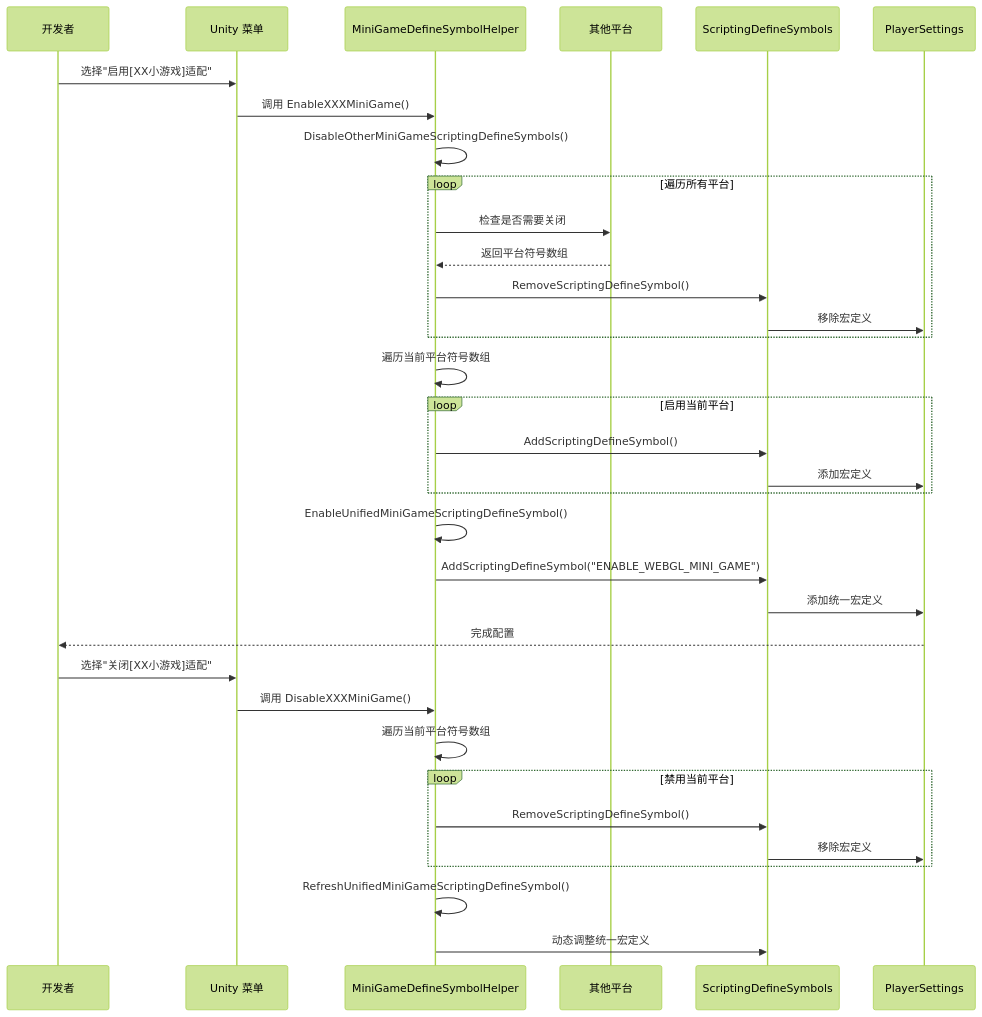
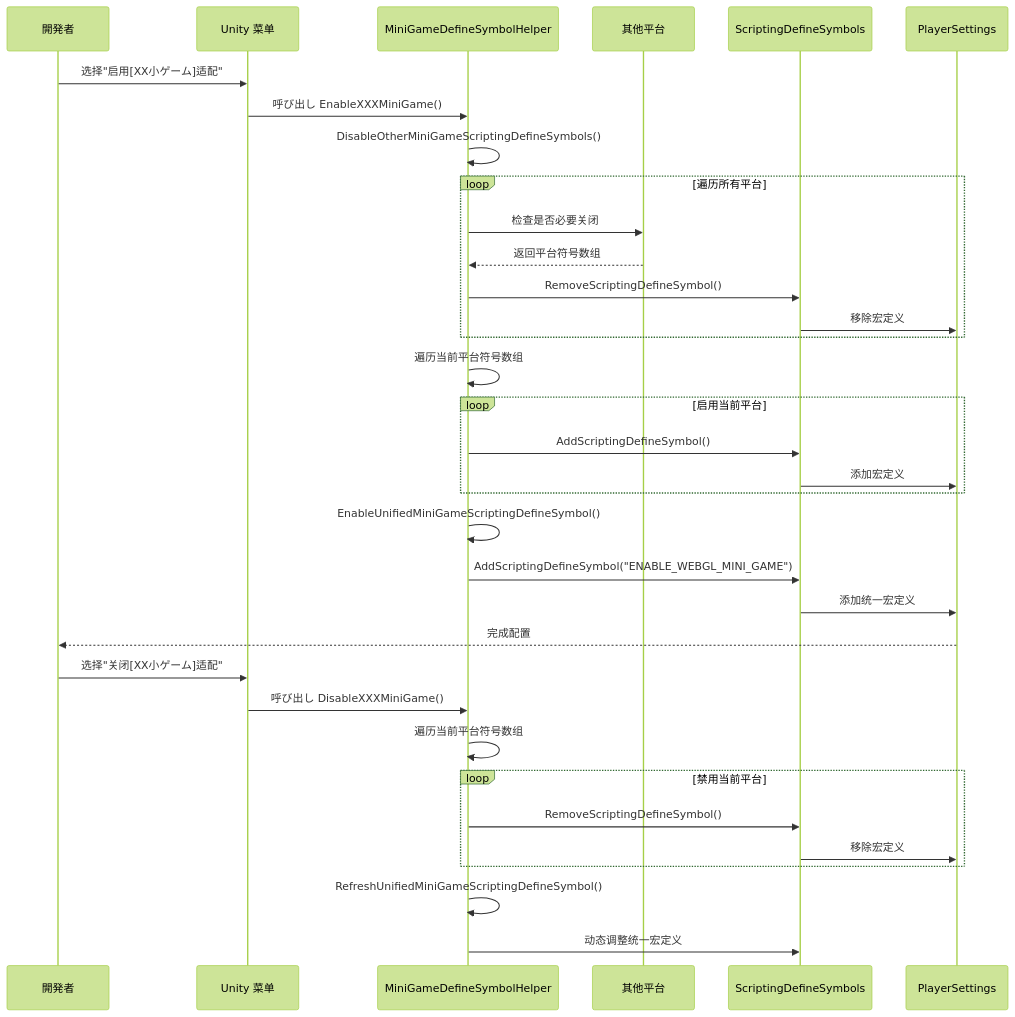
One commit to AlianBlank/GameFrameX.Docs changed the second of 2 diagrams in docs/ja/client/unity/component/core/13.mini-game-platform.md. Above: the diagram before and after it, drawn with Mermaid (forest theme). The commit also changed other lines of this file and 603 other files, not shown here.

````diff
--- a/docs/ja/client/unity/component/core/13.mini-game-platform.md
+++ b/docs/ja/client/unity/component/core/13.mini-game-platform.md
@@ -107,43 +107,43 @@
 ```mermaid
 sequenceDiagram
-    participant Dev as 开发者
+    participant Dev as 開発者
     participant Menu as Unity 菜单
     participant Main as MiniGameDefineSymbolHelper
     participant Other as 其他平台
     participant Util as ScriptingDefineSymbols
     participant PS as PlayerSettings
 
-    Dev->>Menu: 选择"启用[XX小游戏]适配"
-    Menu->>Main: 调用 EnableXXXMiniGame()
+    Dev->>Menu: 选择"启用[XX小ゲーム]适配"
+    Menu->>Main: 呼び出し EnableXXXMiniGame()
     
     Main->>Main: DisableOtherMiniGameScriptingDefineSymbols()
     loop 遍历所有平台
-        Main->>Other: 检查是否需要关闭
+        Main->>Other: 检查是否必要关闭
         Other-->>Main: 返回平台符号数组
         Main->>Util: RemoveScriptingDefineSymbol()
         Util->>PS: 移除宏定义
     end
     
     Main->>Main: 遍历当前平台符号数组
     loop 启用当前平台
         Main->>Util: AddScriptingDefineSymbol()
         Util->>PS: 添加宏定义
     end
     
     Main->>Main: EnableUnifiedMiniGameScriptingDefineSymbol()
     Main->>Util: AddScriptingDefineSymbol("ENABLE_WEBGL_MINI_GAME")
     Util->>PS: 添加统一宏定义
     
     PS-->>Dev: 完成配置
-    Dev->>Menu: 选择"关闭[XX小游戏]适配"
-    Menu->>Main: 调用 DisableXXXMiniGame()
+    Dev->>Menu: 选择"关闭[XX小ゲーム]适配"
+    Menu->>Main: 呼び出し DisableXXXMiniGame()
     
     Main->>Main: 遍历当前平台符号数组
     loop 禁用当前平台
         Main->>Util: RemoveScriptingDefineSymbol()
         Util->>PS: 移除宏定义
     end
     
     Main->>Main: RefreshUnifiedMiniGameScriptingDefineSymbol()
     Main->>Util: 动态调整统一宏定义
 ```
````
